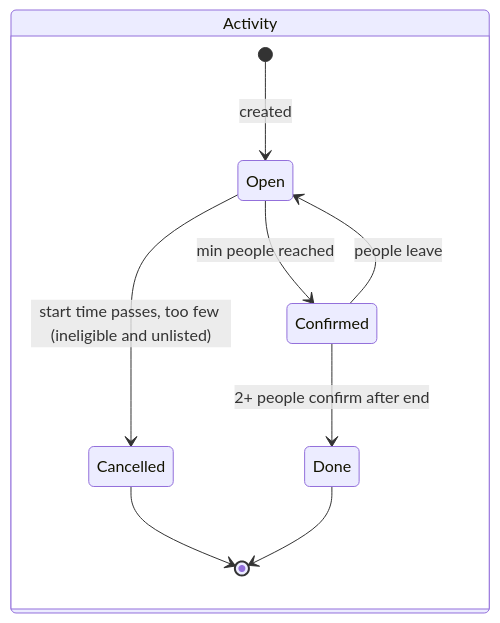
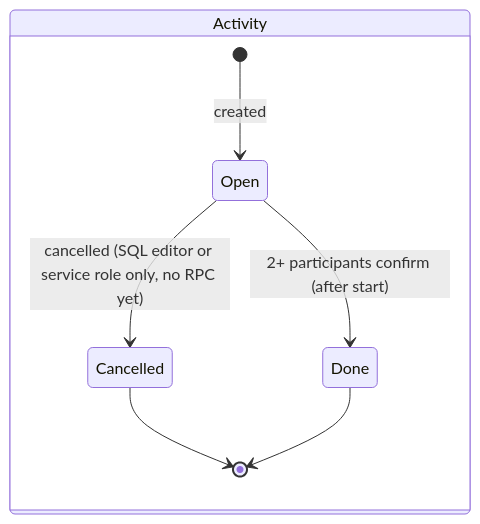
Before and after one commit to ElRifeno34/outside-together-codejam: the fifth of 7 diagrams in PlanOff.md, drawn with Mermaid. The commit also changed other lines of this file and 3 other files, not shown here.

````diff
--- a/PlanOff.md
+++ b/PlanOff.md
@@ -236,12 +258,10 @@
 ```mermaid
 stateDiagram-v2
     state "Activity" as A {
         [*] --> Open: created
-        Open --> Confirmed: min people reached
-        Confirmed --> Open: people leave
-        Open --> Cancelled: start time passes, too few (ineligible and unlisted)
-        Confirmed --> Done: 2+ people confirm after end
+        Open --> Done: 2+ participants confirm (after start)
+        Open --> Cancelled: cancelled (SQL editor or service role only, no RPC yet)
         Cancelled --> [*]
         Done --> [*]
     }
 ```
````
